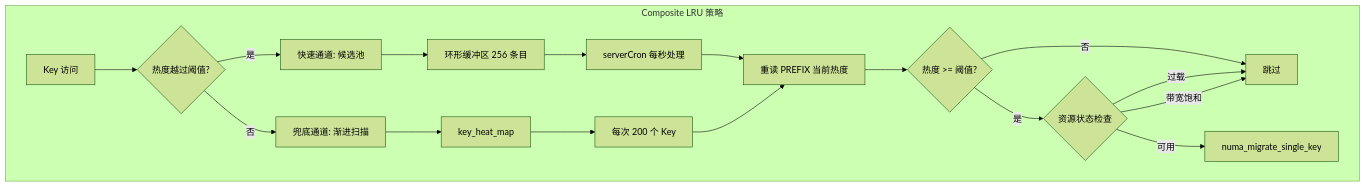
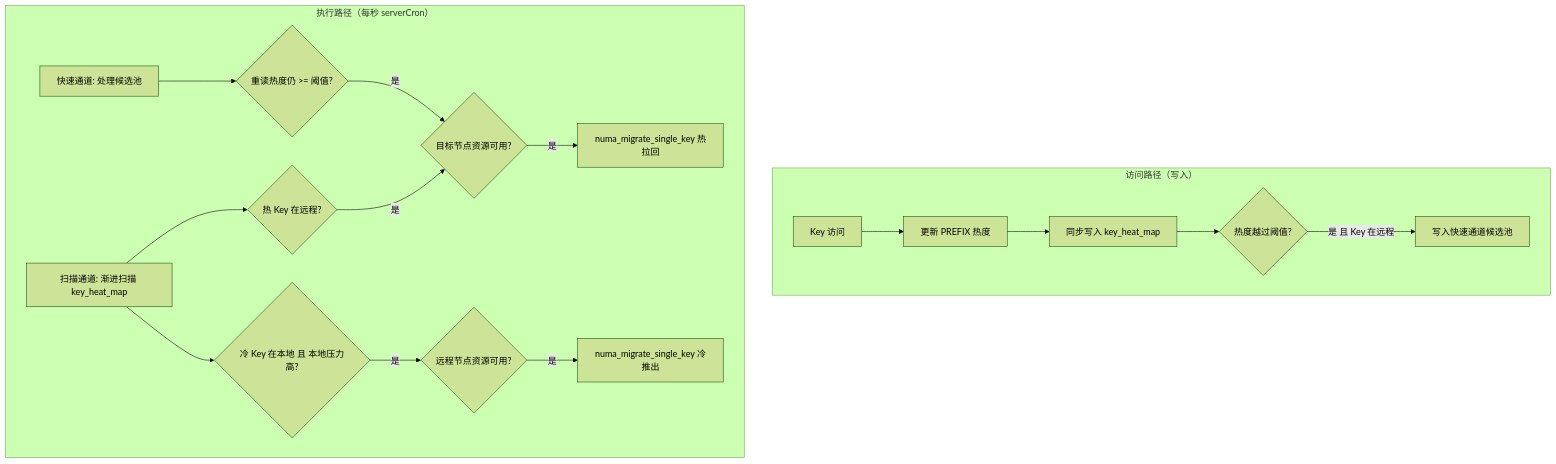
The first of 3 diagrams in docs/new/06-numa-composite-lru.md (xDJTomato/Redis-NUMA), drawn with Mermaid (forest theme) before and after one commit. The commit also changed other lines of this file and 156 other files, not shown here.

````diff
--- a/docs/new/06-numa-composite-lru.md
+++ b/docs/new/06-numa-composite-lru.md
@@ -18,24 +31,21 @@
 ```mermaid
 graph TB
-    subgraph "Composite LRU 策略"
-        A[Key 访问] --> B{热度越过阈值?}
-        B -->|是| C[快速通道: 候选池]
-        B -->|否| D[兜底通道: 渐进扫描]
-        
-        C --> C1[环形缓冲区 256 条目]
-        C1 --> C2[serverCron 每秒处理]
-        C2 --> E[重读 PREFIX 当前热度]
-        
-        D --> D1[key_heat_map]
-        D1 --> D2[每次 200 个 Key]
-        D2 --> E
-        
-        E --> F{热度 >= 阈值?}
-        F -->|否| G[跳过]
-        F -->|是| H{资源状态检查}
-        
-        H -->|过载| G
-        H -->|带宽饱和| G
-        H -->|可用| I[numa_migrate_single_key]
+    subgraph "访问路径（写入）"
+        A[Key 访问] --> B[更新 PREFIX 热度]
+        B --> C[同步写入 key_heat_map]
+        C --> D{热度越过阈值?}
+        D -->|是 且 Key 在远程| E[写入快速通道候选池]
+    end
+
+    subgraph "执行路径（每秒 serverCron）"
+        F[快速通道: 处理候选池] --> G{重读热度仍 >= 阈值?}
+        G -->|是| H{目标节点资源可用?}
+        H -->|是| I[numa_migrate_single_key 热拉回]
+
+        J[扫描通道: 渐进扫描 key_heat_map] --> K{热 Key 在远程?}
+        K -->|是| H
+        J --> L{冷 Key 在本地 且 本地压力高?}
+        L -->|是| M{远程节点资源可用?}
+        M -->|是| N[numa_migrate_single_key 冷推出]
     end
 ```
````
